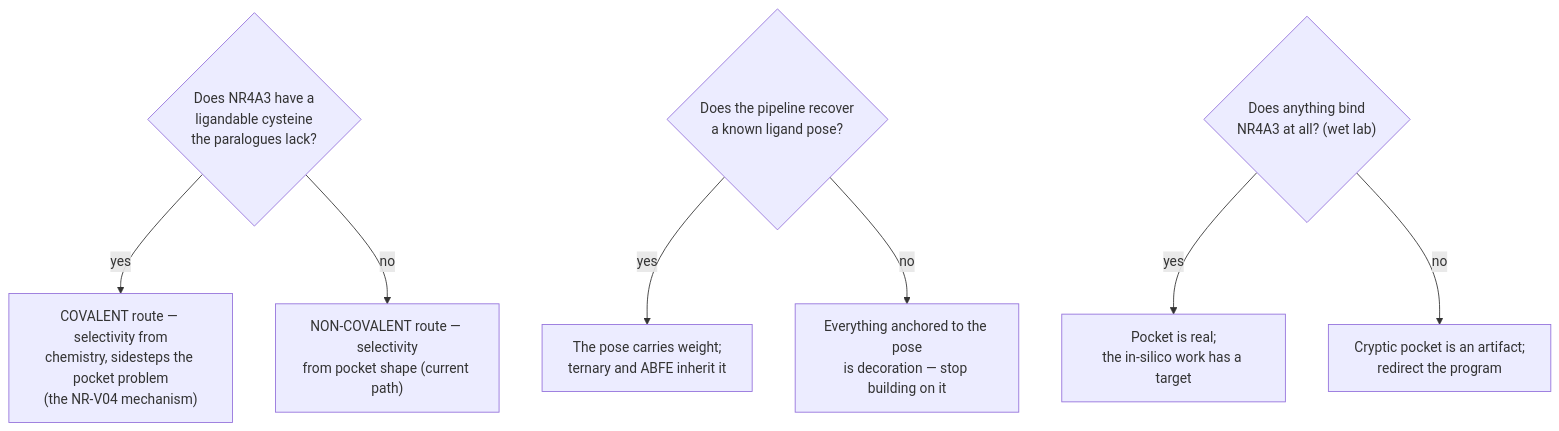
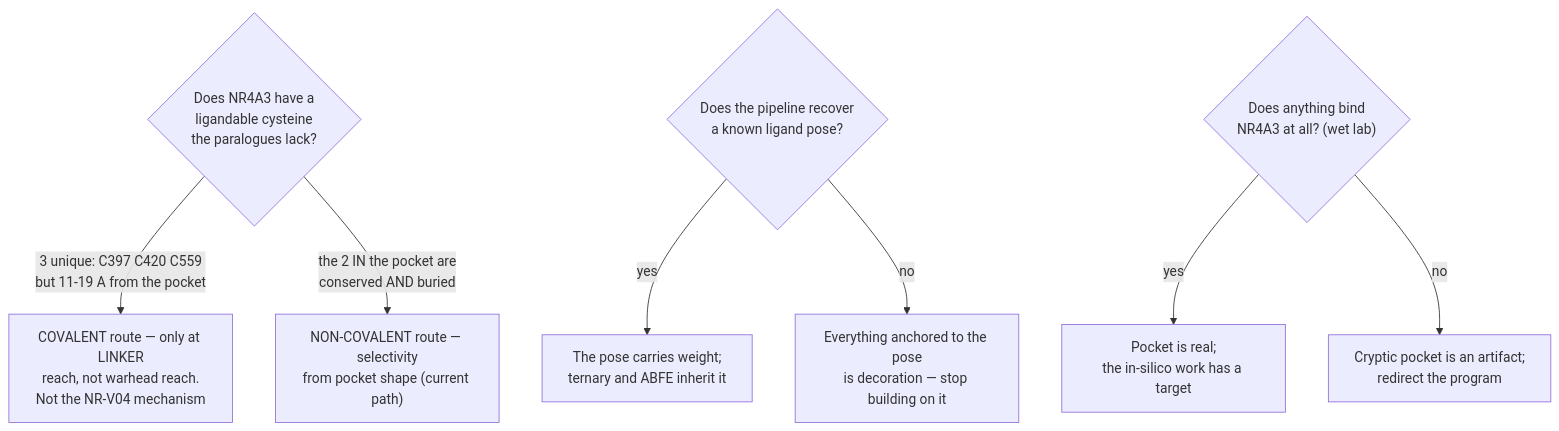
Before and after one commit to trimcrae/Rare-cancers: the second of 2 diagrams in research/manuscripts/nr4a3-program-map.md, drawn with Mermaid. The commit also changed other lines of this file and 1 other file, not shown here.

````diff
--- a/research/manuscripts/nr4a3-program-map.md
+++ b/research/manuscripts/nr4a3-program-map.md
@@ -96,12 +96,12 @@
 ```mermaid
 graph TD
   Q1{"Does NR4A3 have a<br/>ligandable cysteine<br/>the paralogues lack?"}
-  Q1 -->|yes| COV["COVALENT route — selectivity from<br/>chemistry, sidesteps the pocket problem<br/>(the NR-V04 mechanism)"]
-  Q1 -->|no| NONCOV["NON-COVALENT route — selectivity<br/>from pocket shape (current path)"]
+  Q1 -->|"3 unique: C397 C420 C559<br/>but 11-19 A from the pocket"| COV["COVALENT route — only at LINKER<br/>reach, not warhead reach.<br/>Not the NR-V04 mechanism"]
+  Q1 -->|"the 2 IN the pocket are<br/>conserved AND buried"| NONCOV["NON-COVALENT route — selectivity<br/>from pocket shape (current path)"]
   Q2{"Does the pipeline recover<br/>a known ligand pose?"}
   Q2 -->|yes| ANCHOR["The pose carries weight;<br/>ternary and ABFE inherit it"]
   Q2 -->|no| STOP["Everything anchored to the pose<br/>is decoration — stop building on it"]
   Q3{"Does anything bind<br/>NR4A3 at all? (wet lab)"}
   Q3 -->|yes| GO["Pocket is real;<br/>the in-silico work has a target"]
   Q3 -->|no| REDIR["Cryptic pocket is an artifact;<br/>redirect the program"]
 ```
````
